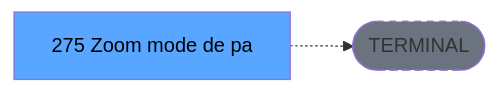
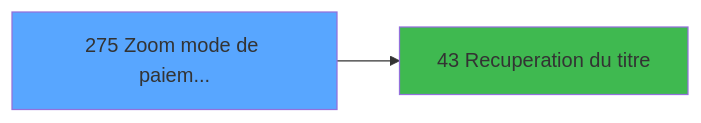
The third of 3 diagrams in .openspec/specs/ADH-IDE-275.md (thonyAGP/magic-migration), drawn with Mermaid before and after one commit. The commit also changed other lines of this file and 493 other files, not shown here.

````diff
--- a/.openspec/specs/ADH-IDE-275.md
+++ b/.openspec/specs/ADH-IDE-275.md
@@ -139,8 +215,8 @@
 ```mermaid
 graph LR
-    T[275 Zoom mode de pa]
-    TERM([TERMINAL])
-    T -.-> TERM
-    style TERM fill:#6b7280,stroke-dasharray: 5 5
-    style T fill:#58a6ff,color:#000
+    T275[275 Zoom mode de paiem...]
+    style T275 fill:#58a6ff
+    C43[43 Recuperation du titre]
+    T275 --> C43
+    style C43 fill:#3fb950
 ```
````
